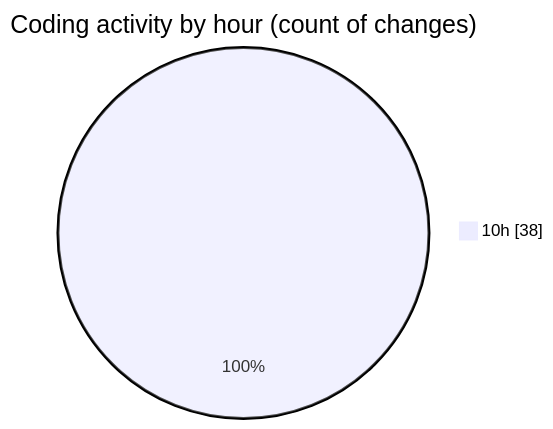
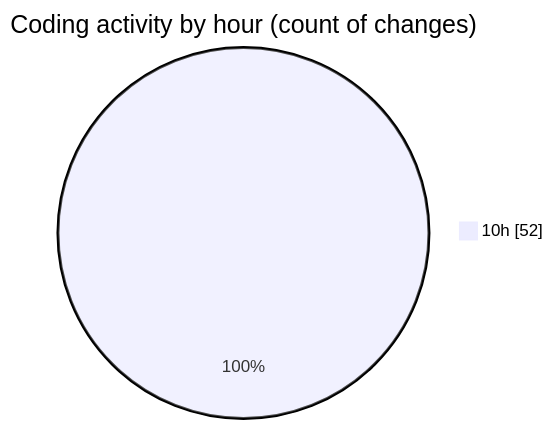
One commit to nxtqubesakshisongat/code-tracking changed the second of 2 diagrams in 2026-03-06/nxtqube_webapp/README.md. Above: the diagram before and after it, drawn with Mermaid. The commit also changed other lines of this file and 1 other file, not shown here.

````diff
--- a/2026-03-06/nxtqube_webapp/README.md
+++ b/2026-03-06/nxtqube_webapp/README.md
@@ -35,5 +37,5 @@
 ```mermaid
 pie showData
 title Coding activity by hour (count of changes)
-"10h" : 38
+"10h" : 52
 ```
````
